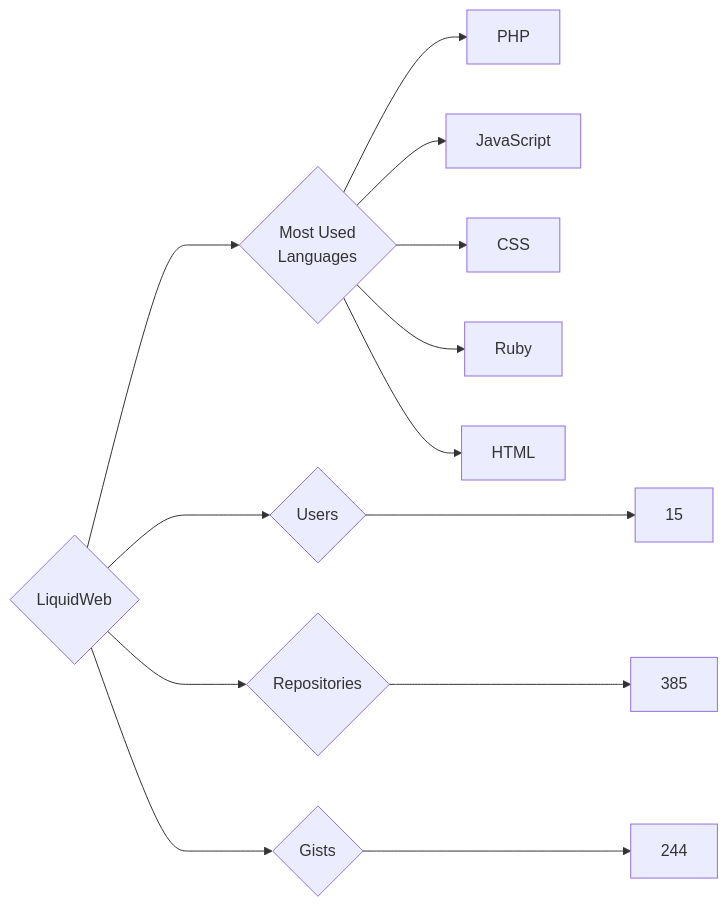
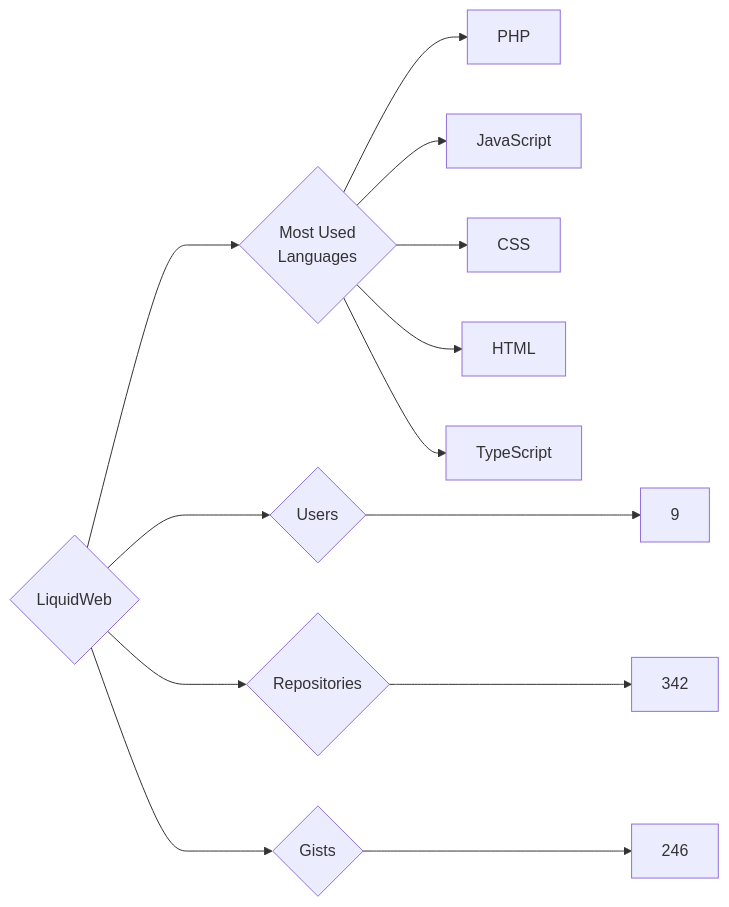
One commit to trickest/insiders changed the diagram in targets/LiquidWeb/README.md. Above: the diagram before and after it, drawn with Mermaid. The commit also changed 932 other files, not shown here.

````diff
--- a/targets/LiquidWeb/README.md
+++ b/targets/LiquidWeb/README.md
@@ -3,13 +3,13 @@
 ```mermaid
 graph LR
 COMPANY_NAME{LiquidWeb}
-COMPANY_NAME ---> U{Users} ---> UN[15]
-COMPANY_NAME ---> R{Repositories} ---> RN[385]
-COMPANY_NAME ---> G{Gists} ---> GN[244]
+COMPANY_NAME ---> U{Users} ---> UN[9]
+COMPANY_NAME ---> R{Repositories} ---> RN[342]
+COMPANY_NAME ---> G{Gists} ---> GN[246]
 COMPANY_NAME ---> ML{Most Used<br>Languages}
 ML --> PHP[PHP]
 ML --> JavaScript[JavaScript]
 ML --> CSS[CSS]
-ML --> Ruby[Ruby]
 ML --> HTML[HTML]
+ML --> TypeScript[TypeScript]
 ```
````
